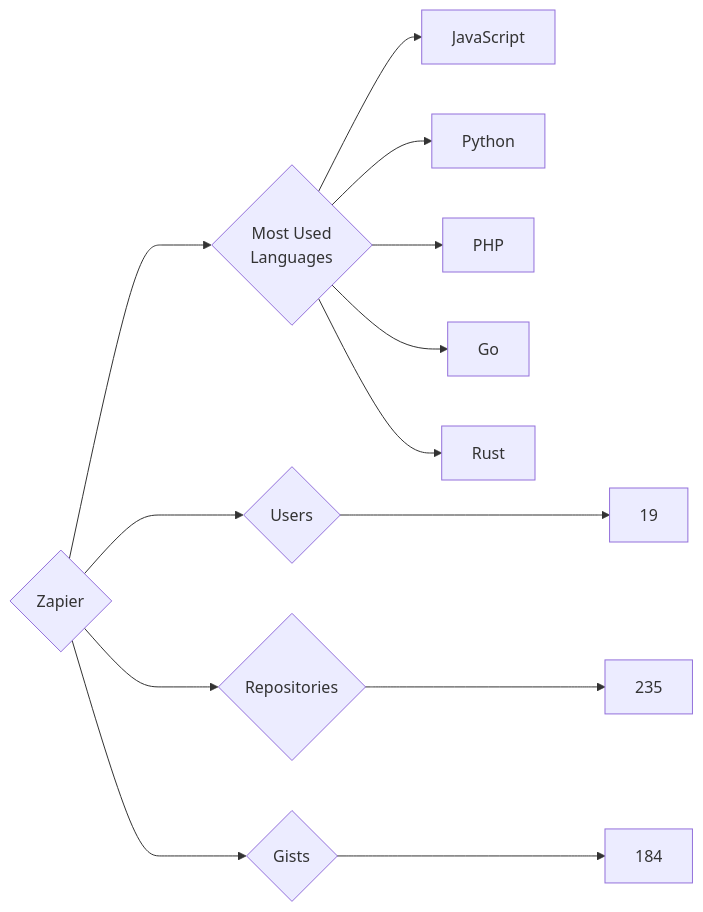
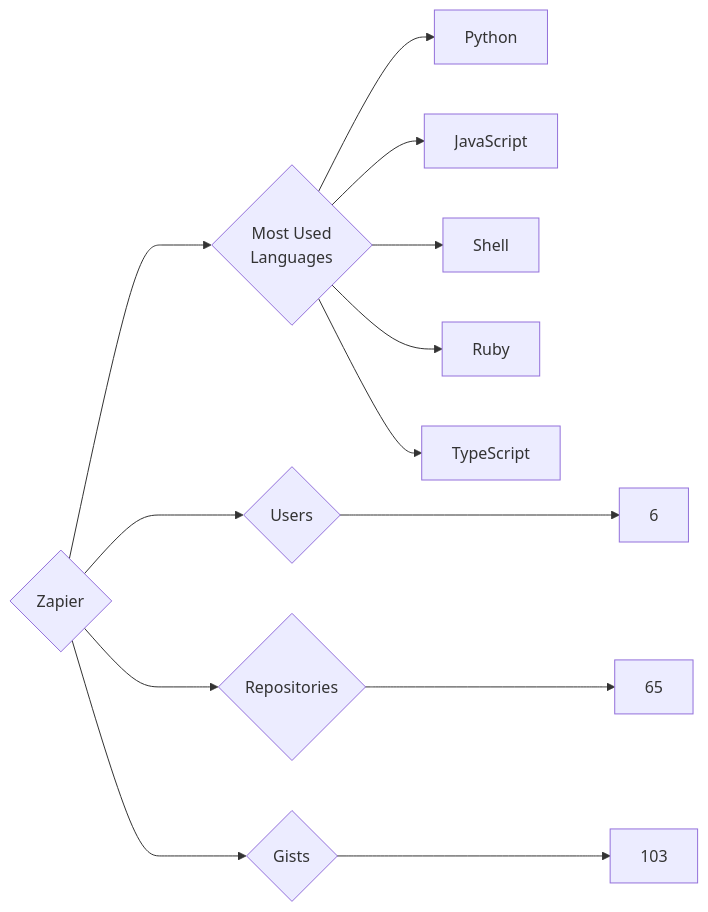
Before and after one commit to trickest/insiders: the diagram in targets/Zapier/README.md, drawn with Mermaid. The commit also changed 444 other files, not shown here.

````diff
--- a/targets/Zapier/README.md
+++ b/targets/Zapier/README.md
@@ -3,13 +3,13 @@
 ```mermaid
 graph LR
 COMPANY_NAME{Zapier}
-COMPANY_NAME ---> U{Users} ---> UN[19]
-COMPANY_NAME ---> R{Repositories} ---> RN[235]
-COMPANY_NAME ---> G{Gists} ---> GN[184]
+COMPANY_NAME ---> U{Users} ---> UN[6]
+COMPANY_NAME ---> R{Repositories} ---> RN[65]
+COMPANY_NAME ---> G{Gists} ---> GN[103]
 COMPANY_NAME ---> ML{Most Used<br>Languages}
+ML --> Python[Python]
 ML --> JavaScript[JavaScript]
-ML --> Python[Python]
-ML --> PHP[PHP]
-ML --> Go[Go]
-ML --> Rust[Rust]
+ML --> Shell[Shell]
+ML --> Ruby[Ruby]
+ML --> TypeScript[TypeScript]
 ```
````
